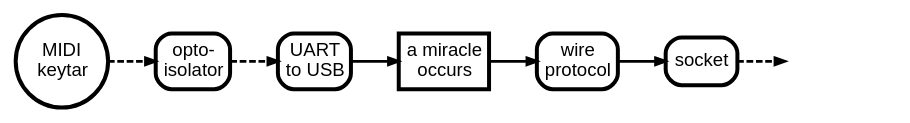
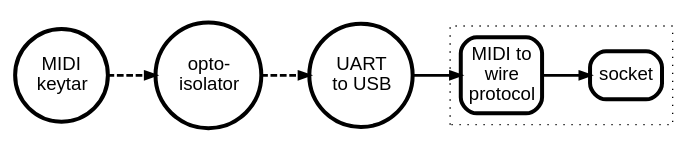
Before and after one commit to octetta/exsynthia: the diagram in midi.md, drawn with Graphviz. The commit also changed 6 other files, not shown here.

Commit message:
Spruce up diagrams...

````diff
--- a/midi.md
+++ b/midi.md
@@ -3,24 +3,25 @@
 ```graphviz
 digraph g {
     rankdir=LR
     
     node [margin=0.09 fontname="Arial", fixedsize=false, penwidth=3]
     edge [penwidth=2; arrowsize=.75; minlen=1.99]
 
     keytar [/* penwidth=6, */ label=<MIDI<br/>keytar>, shape=circle]
 
-    opto [label=<opto-<br/>isolator> shape=box, style=rounded]
-    uart [label=<UART<br/>to USB> shape=box, style=rounded]
-    miracle [label=<a miracle<br/>occurs> shape=box]
+    opto [label=<opto-<br/>isolator> shape=circle]
+    uart [label=<UART<br/>to USB> shape=circle]
 
-    wp [label=<wire<br/>protocol> shape=box, style=rounded]
+    subgraph cluster_0 {
+        style=dotted;
+        miracle [label=<MIDI to<br/>wire<br/>protocol> shape=box, style=rounded];
+        socket [label=<socket> shape=box, style=rounded];
+    }
 
-    socket [label=<socket> shape=box, style=rounded]
+    // hideme [style=invisible];
 
-    hideme [style=invisible]
-
-    keytar -> opto -> uart [style=dashed]
-    uart -> miracle -> wp -> socket
-    socket -> hideme [minlen=1.5, style=dashed]
+    keytar -> opto -> uart [style=dashed];
+    uart -> miracle -> socket;
+    // socket -> hideme [minlen=1.5, color=red; penwidth=4];
 }
 ```
````
